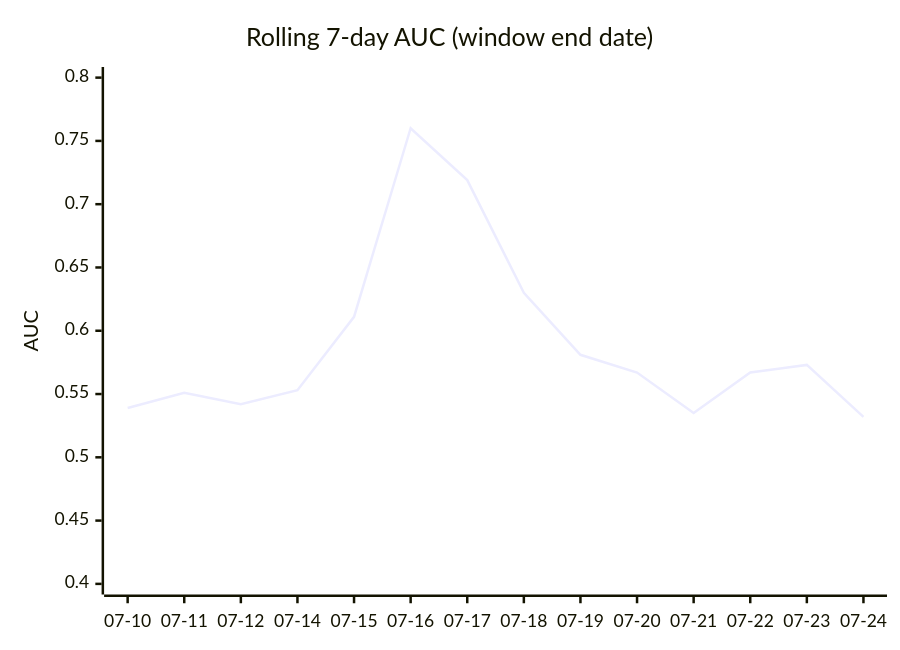
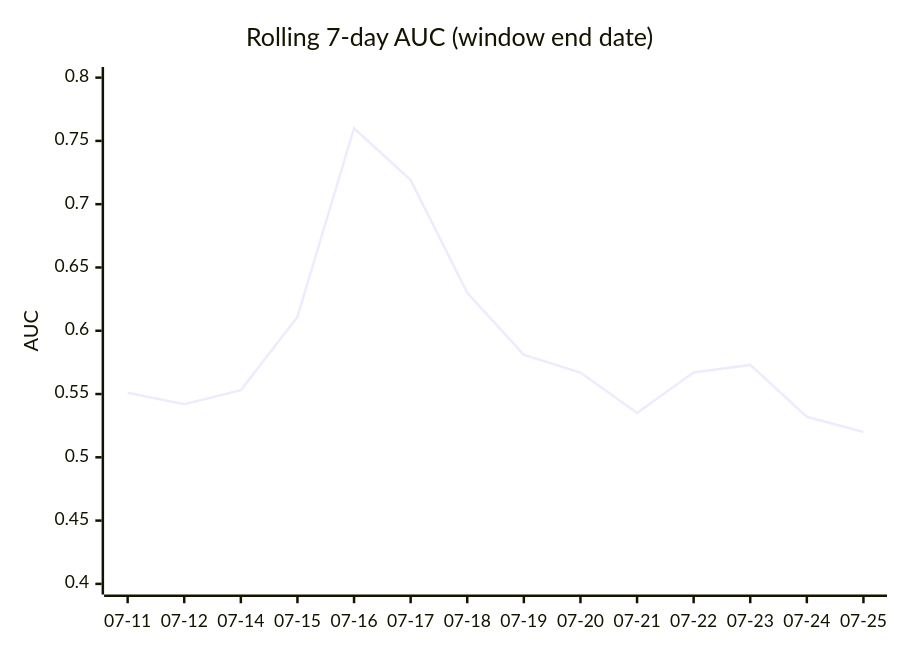
The third of 4 diagrams in DAILY_AGSU_REPORT.md (dpk1212/nhl-savant), drawn with Mermaid before and after one commit. The commit also changed other lines of this file, not shown here.

````diff
--- a/DAILY_AGSU_REPORT.md
+++ b/DAILY_AGSU_REPORT.md
@@ -717,7 +713,7 @@
 ```mermaid
 xychart-beta
     title "Rolling 7-day AUC (window end date)"
-    x-axis ["07-10", "07-11", "07-12", "07-14", "07-15", "07-16", "07-17", "07-18", "07-19", "07-20", "07-21", "07-22", "07-23", "07-24"]
+    x-axis ["07-11", "07-12", "07-14", "07-15", "07-16", "07-17", "07-18", "07-19", "07-20", "07-21", "07-22", "07-23", "07-24", "07-25"]
     y-axis "AUC" 0.4 --> 0.8
-    line [0.539, 0.551, 0.542, 0.553, 0.611, 0.76, 0.719, 0.63, 0.581, 0.567, 0.535, 0.567, 0.573, 0.532]
+    line [0.551, 0.542, 0.553, 0.611, 0.76, 0.719, 0.63, 0.581, 0.567, 0.535, 0.567, 0.573, 0.532, 0.52]
 ```
````
